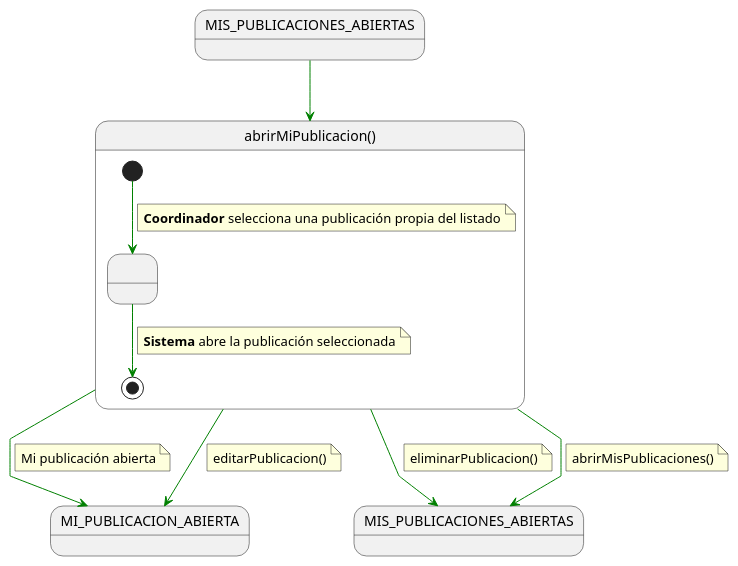
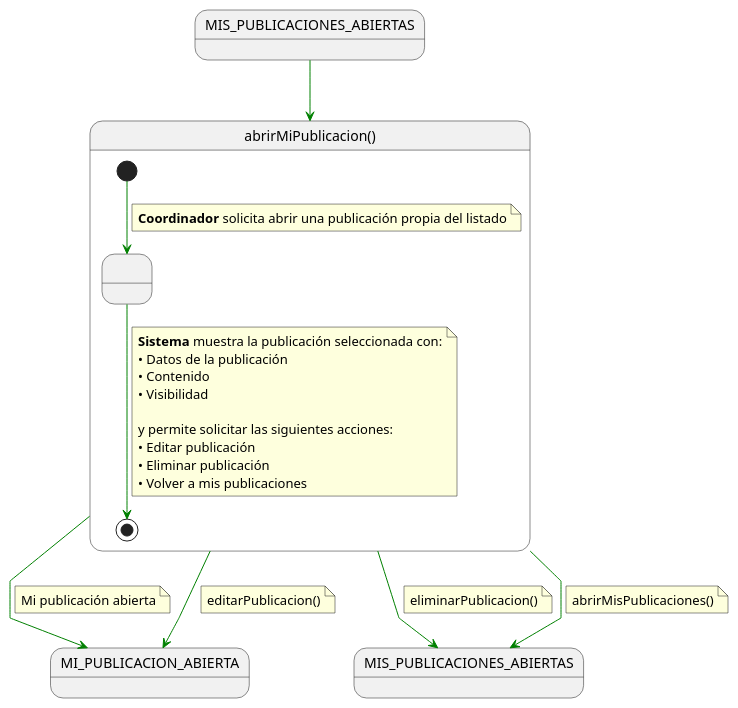
Before and after one commit to 31Diego/25-26-IdSw1-SdR: the diagram in documents/casosDeUso/detalle/coordinador/08-mis-publicaciones/abrirMiPublicacion/abrirMiPublicacion.puml, drawn with PlantUML. The commit also changed 13 other files, not shown here.

Commit message:
Agrego las acciones del sistema detallados

```diff
--- a/documents/casosDeUso/detalle/coordinador/08-mis-publicaciones/abrirMiPublicacion/abrirMiPublicacion.puml
+++ b/documents/casosDeUso/detalle/coordinador/08-mis-publicaciones/abrirMiPublicacion/abrirMiPublicacion.puml
@@ -1,42 +1,50 @@
 @startuml abrirMiPublicacion
 skinparam linetype polyline
 
 state in1 as "MIS_PUBLICACIONES_ABIERTAS"
 in1 -[#green]-> abrirMiPublicacion
 
 state abrirMiPublicacion as "abrirMiPublicacion()" {
 
     state " " as SeleccionandoPublicacion
 
     [*] -[#green]-> SeleccionandoPublicacion
     note on link
-    <b>Coordinador</b> selecciona una publicación propia del listado
+    <b>Coordinador</b> solicita abrir una publicación propia del listado
     end note
 
     SeleccionandoPublicacion -[#green]-> [*]
     note on link
-    <b>Sistema</b> abre la publicación seleccionada
+    <b>Sistema</b> muestra la publicación seleccionada con:
+    • Datos de la publicación
+    • Contenido
+    • Visibilidad
+
+    y permite solicitar las siguientes acciones:
+    • Editar publicación
+    • Eliminar publicación
+    • Volver a mis publicaciones
     end note
 }
 
 abrirMiPublicacion -[#green]-> MI_PUBLICACION_ABIERTA
 note on link
 Mi publicación abierta
 end note
 
 abrirMiPublicacion -[#green]-> MI_PUBLICACION_ABIERTA
 note on link
 editarPublicacion()
 end note
 
 abrirMiPublicacion -[#green]-> MIS_PUBLICACIONES_ABIERTAS
 note on link
 eliminarPublicacion()
 end note
 
 abrirMiPublicacion -[#green]-> MIS_PUBLICACIONES_ABIERTAS
 note on link
 abrirMisPublicaciones()
 end note
 
 @enduml
```
